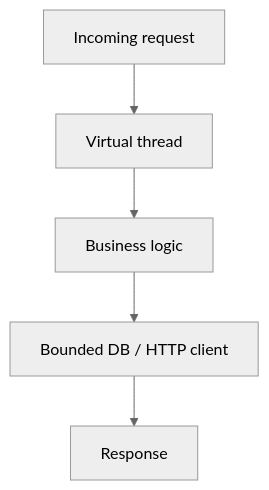
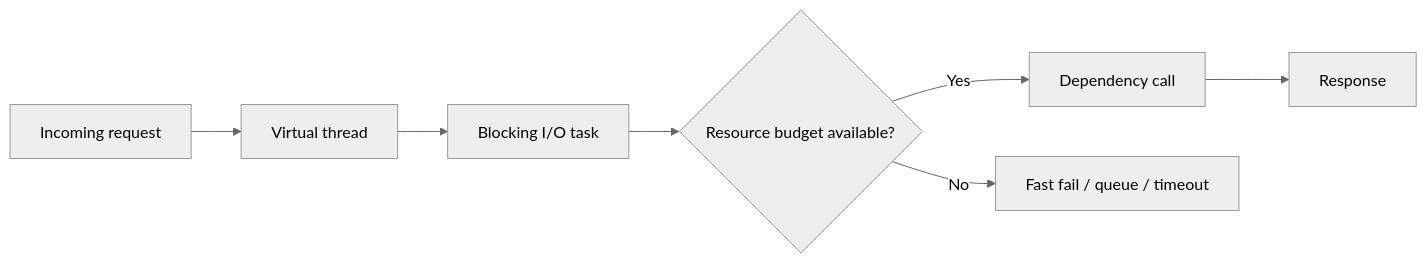
One commit to sandeepbhardwaj/sandeepbhardwaj.github.io changed the diagram in _posts/2026-05-14-virtual-threads-architecture-patterns-java-21.md. Above: the diagram before and after it, drawn with Mermaid (neutral theme). The commit also changed other lines of this file and 113 other files, not shown here.

````diff
--- a/_posts/2026-05-14-virtual-threads-architecture-patterns-java-21.md
+++ b/_posts/2026-05-14-virtual-threads-architecture-patterns-java-21.md
@@ -155,7 +123,9 @@
-        ```mermaid
-flowchart TD
+```mermaid
+flowchart LR
     A[Incoming request] --> B[Virtual thread]
-    B --> C[Business logic]
-    C --> D[Bounded DB / HTTP client]
-    D --> E[Response]
+    B --> C[Blocking I/O task]
+    C --> D{Resource budget available?}
+    D -->|Yes| E[Dependency call]
+    D -->|No| F[Fast fail / queue / timeout]
+    E --> G[Response]
 ```
````
